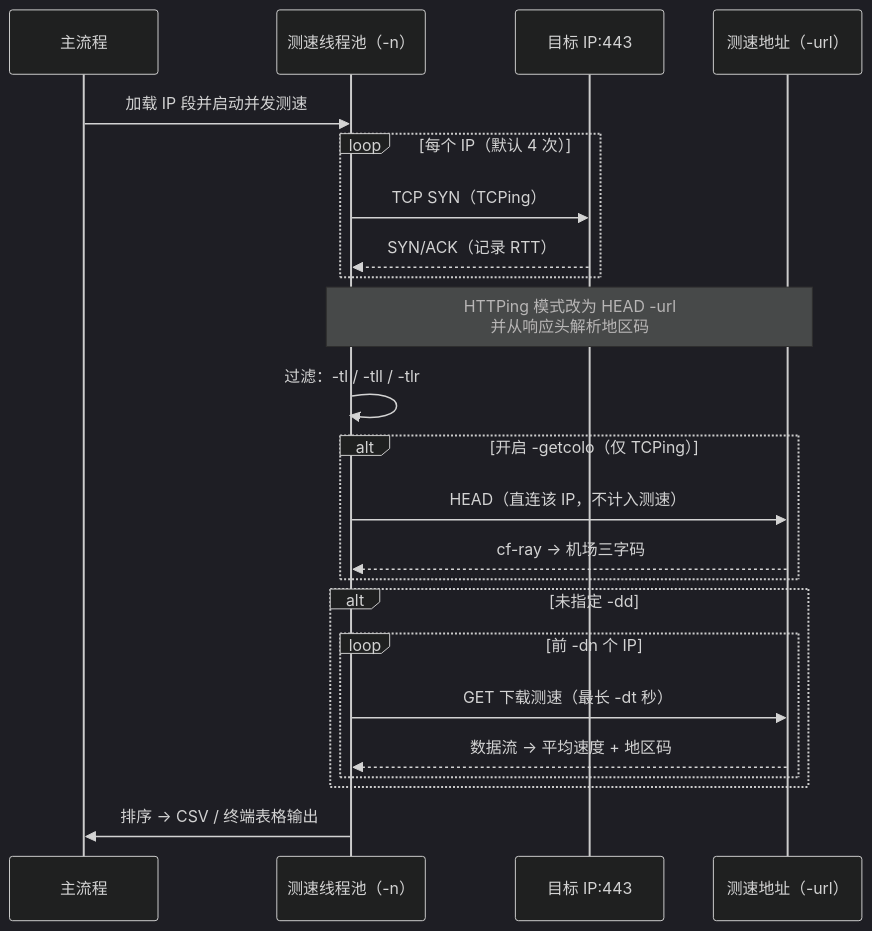
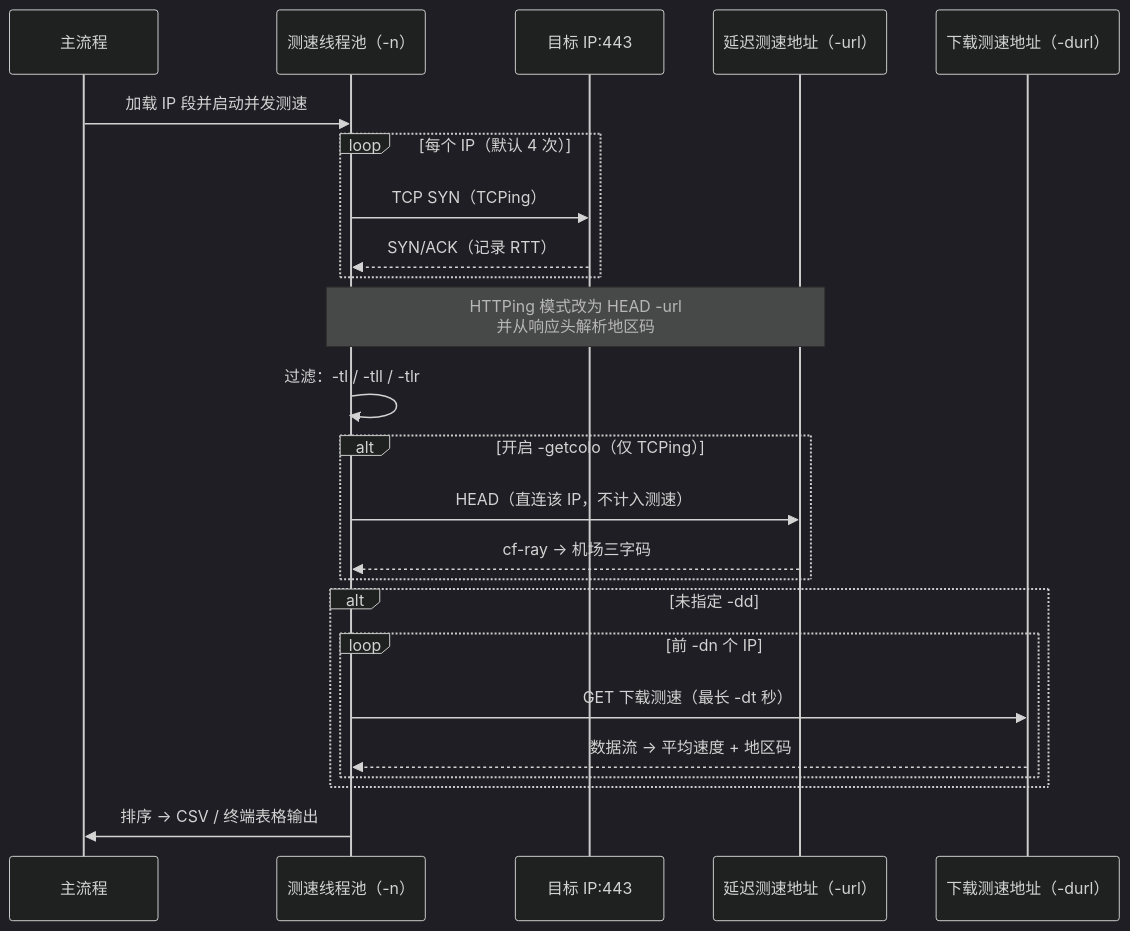
The second of 2 diagrams in README.md (masgzy/CloudflareST), drawn with Mermaid (dark theme) before and after one commit. The commit also changed other lines of this file and 4 other files, not shown here.

First line of the commit message:
feat: 延迟测速与下载测速地址分离 -url / -durl (v2.3.5-mod-3.5)

````diff
--- a/README.md
+++ b/README.md
@@ -170,26 +170,27 @@
 ```mermaid
 sequenceDiagram
     participant M as 主流程
     participant W as 测速线程池（-n）
     participant IP as 目标 IP:443
-    participant U as 测速地址（-url）
+    participant U as 延迟测速地址（-url）
+    participant D as 下载测速地址（-durl）
 
     M->>W: 加载 IP 段并启动并发测速
     loop 每个 IP（默认 4 次）
         W->>IP: TCP SYN（TCPing）
         IP-->>W: SYN/ACK（记录 RTT）
     end
     Note over W,U: HTTPing 模式改为 HEAD -url<br/>并从响应头解析地区码
     W->>W: 过滤：-tl / -tll / -tlr
     alt 开启 -getcolo（仅 TCPing）
         W->>U: HEAD（直连该 IP，不计入测速）
         U-->>W: cf-ray → 机场三字码
     end
     alt 未指定 -dd
         loop 前 -dn 个 IP
-            W->>U: GET 下载测速（最长 -dt 秒）
-            U-->>W: 数据流 → 平均速度 + 地区码
+            W->>D: GET 下载测速（最长 -dt 秒）
+            D-->>W: 数据流 → 平均速度 + 地区码
         end
     end
     W->>M: 排序 → CSV / 终端表格输出
 ```
````
